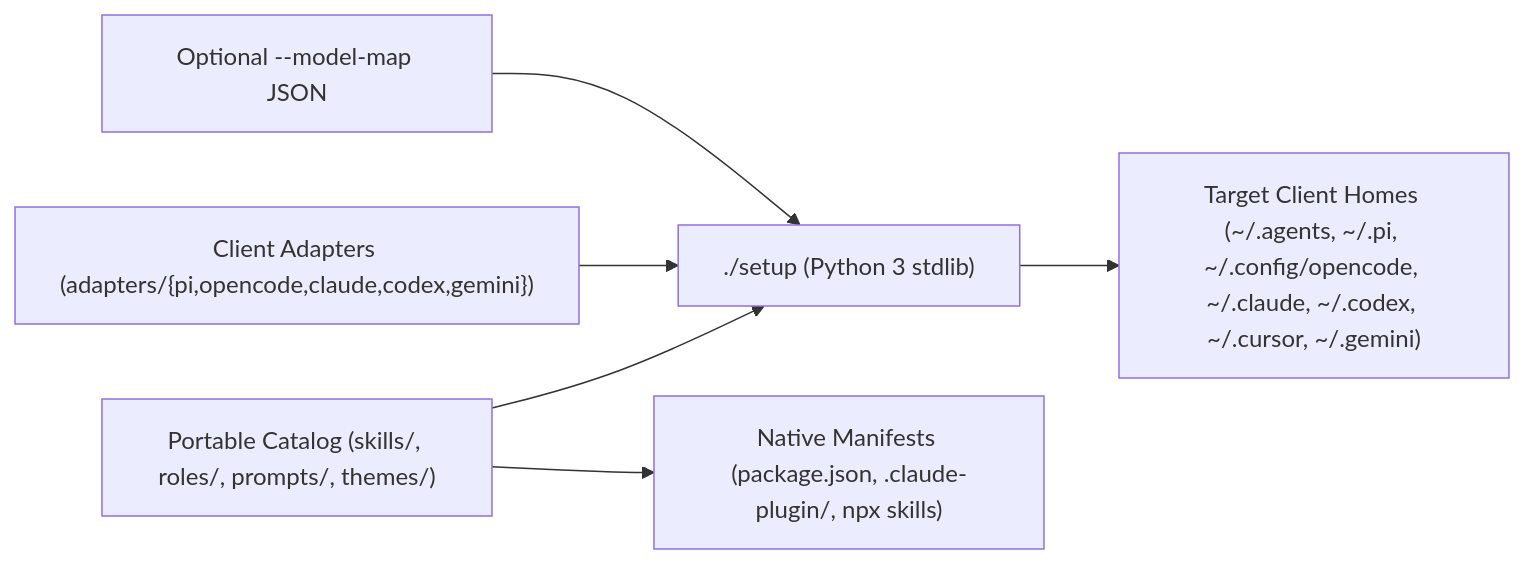
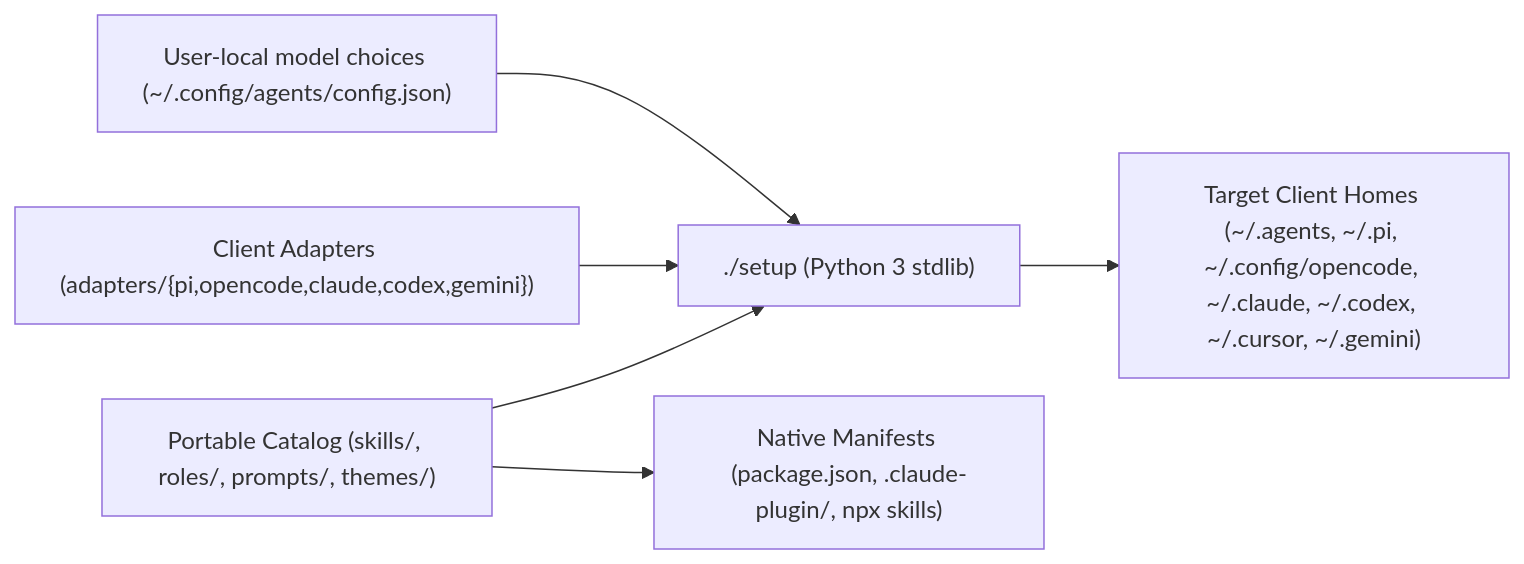
Before and after one commit to sagmans/agents: the diagram in README.md, drawn with Mermaid. The commit also changed other lines of this file and 73 other files, not shown here.

````diff
--- a/README.md
+++ b/README.md
@@ -9,8 +9,8 @@
 ```mermaid
 flowchart LR
   SRC["Portable Catalog (skills/, roles/, prompts/, themes/)"] --> CLI["./setup (Python 3 stdlib)"]
   SRC --> PKG["Native Manifests (package.json, .claude-plugin/, npx skills)"]
   ADP["Client Adapters (adapters/{pi,opencode,claude,codex,gemini})"] --> CLI
-  MM["Optional --model-map JSON"] --> CLI
+  MM["User-local model choices (~/.config/agents/config.json)"] --> CLI
   CLI --> OUT["Target Client Homes (~/.agents, ~/.pi, ~/.config/opencode, ~/.claude, ~/.codex, ~/.cursor, ~/.gemini)"]
 ```
````
